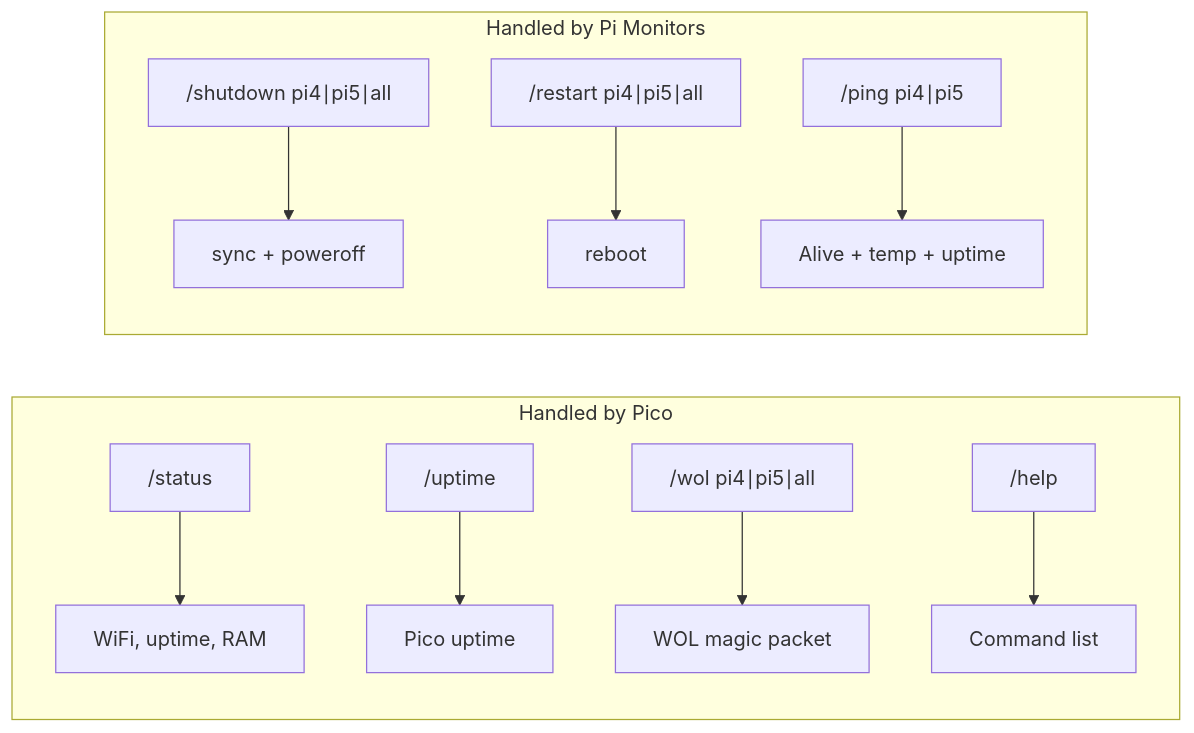
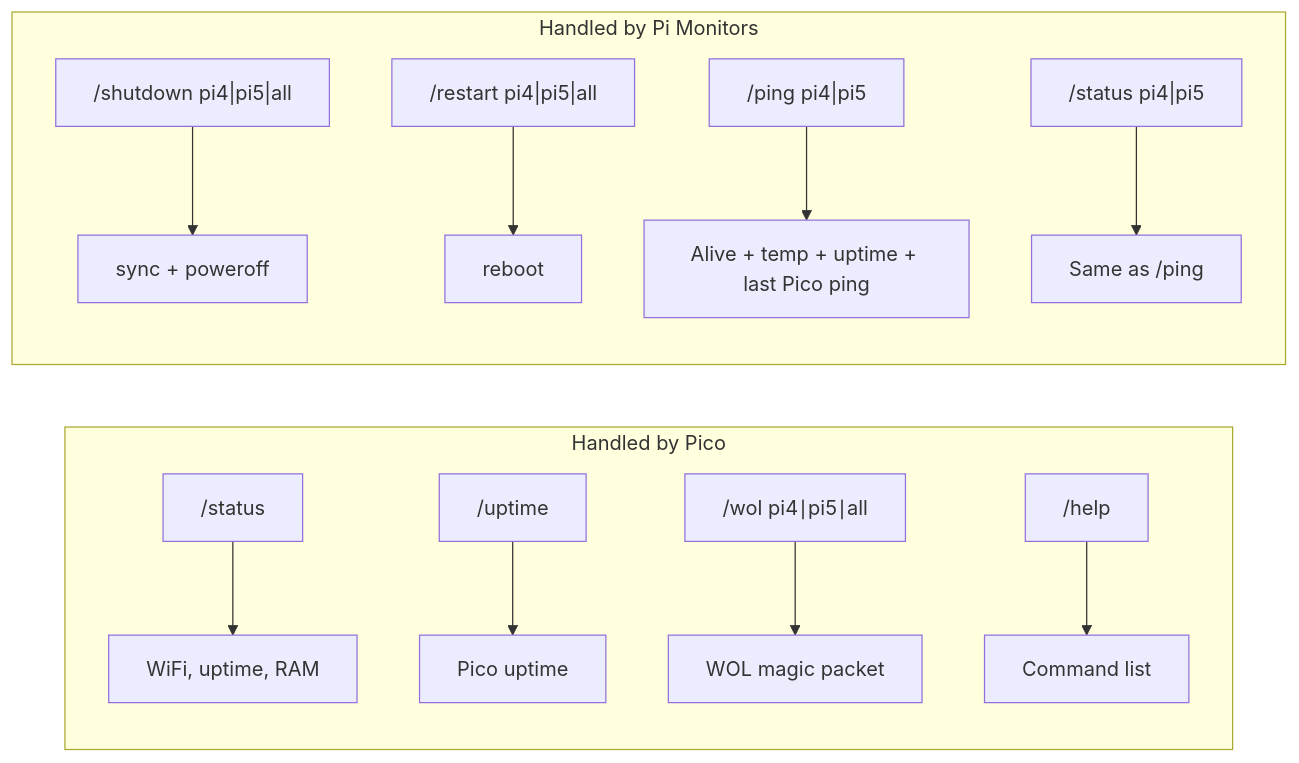
One commit to sagniKdas53/home-mesh changed the third of 3 diagrams in README.md. Above: the diagram before and after it, drawn with Mermaid. The commit also changed 2 other files, not shown here.

Commit message:
feat: track last Pico ping time and add /status command to monitor scripts

````diff
--- a/README.md
+++ b/README.md
@@ -86,15 +86,16 @@
 ```mermaid
 graph LR
     subgraph "Handled by Pico"
         A["/status"] --> A1["WiFi, uptime, RAM"]
         B["/uptime"] --> B1["Pico uptime"]
         C["/wol pi4∣pi5∣all"] --> C1["WOL magic packet"]
         D["/help"] --> D1["Command list"]
     end
 
     subgraph "Handled by Pi Monitors"
-        E["/shutdown pi4∣pi5∣all"] --> E1["sync + poweroff"]
-        F["/restart pi4∣pi5∣all"] --> F1["reboot"]
-        G["/ping pi4∣pi5"] --> G1["Alive + temp + uptime"]
+        E["/shutdown pi4|pi5|all"] --> E1["sync + poweroff"]
+        F["/restart pi4|pi5|all"] --> F1["reboot"]
+        G["/ping pi4|pi5"] --> G1["Alive + temp + uptime + last Pico ping"]
+        H["/status pi4|pi5"] --> H1["Same as /ping"]
     end
 ```
````
